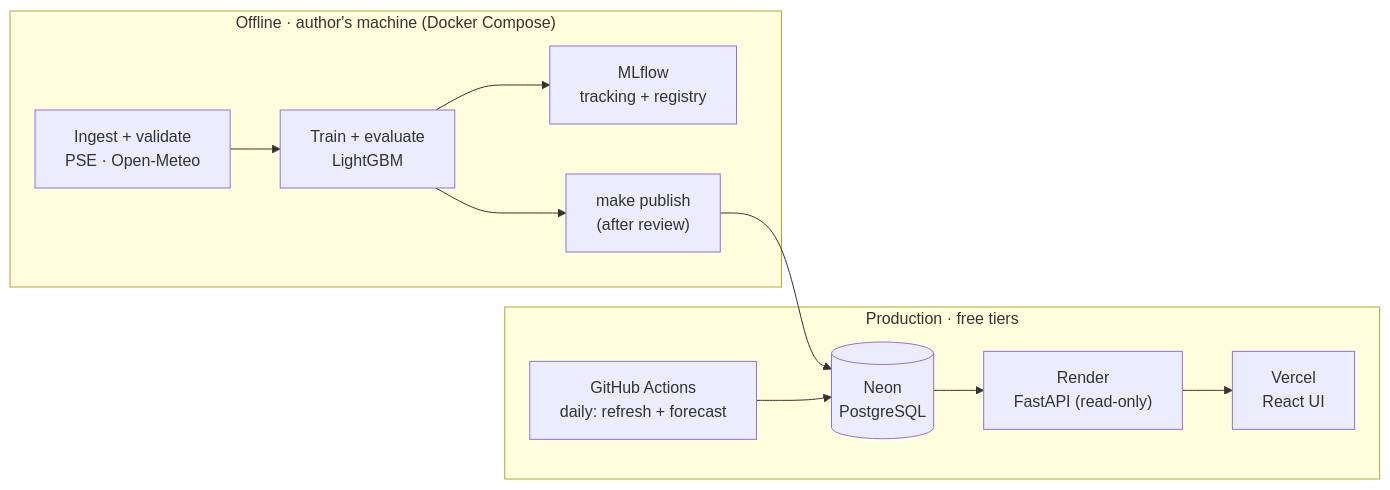
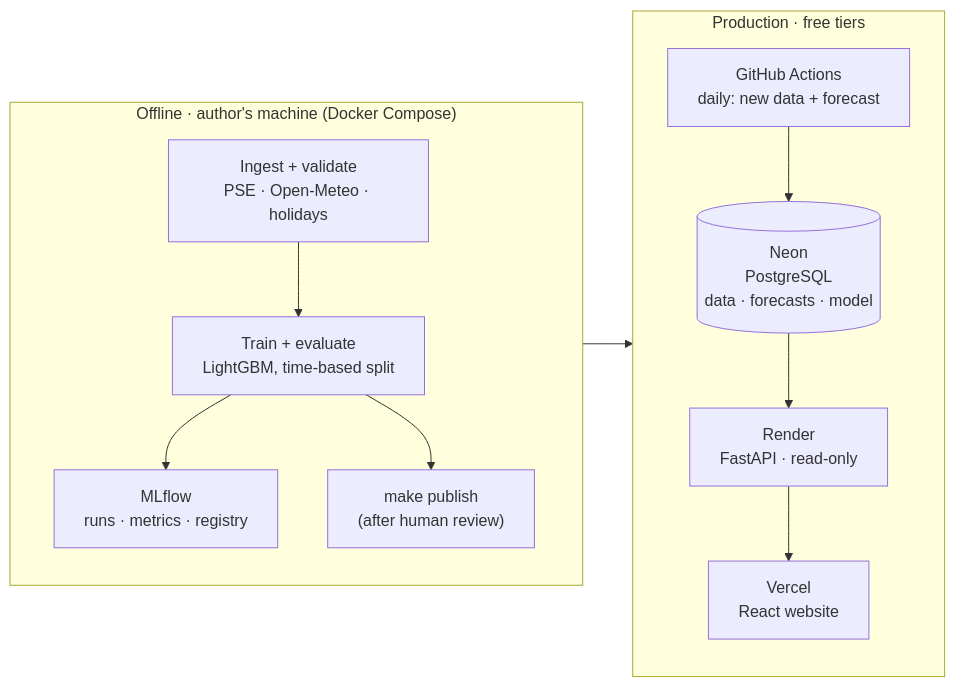
The diagram in README.md (damianglejzer/poland-electricity-forecast), drawn with Mermaid before and after one commit. The commit also changed other lines of this file and 9 other files, not shown here.

````diff
--- a/README.md
+++ b/README.md
@@ -36,17 +67,19 @@
 ```mermaid
 flowchart LR
   subgraph Offline["Offline · author's machine (Docker Compose)"]
-    ING["Ingest + validate<br/>PSE · Open-Meteo"] --> TRAIN["Train + evaluate<br/>LightGBM"]
-    TRAIN --> MLF["MLflow<br/>tracking + registry"]
-    TRAIN --> PUB["make publish<br/>(after review)"]
+    direction TB
+    ING["Ingest + validate<br/>PSE · Open-Meteo · holidays"] --> TRAIN["Train + evaluate<br/>LightGBM, time-based split"]
+    TRAIN --> MLF["MLflow<br/>runs · metrics · registry"]
+    TRAIN --> PUB["make publish<br/>(after human review)"]
   end
   subgraph Prod["Production · free tiers"]
-    NEON[("Neon<br/>PostgreSQL")]
-    GHA["GitHub Actions<br/>daily: refresh + forecast"]
-    API["Render<br/>FastAPI (read-only)"]
-    WEB["Vercel<br/>React UI"]
+    direction TB
+    NEON[("Neon<br/>PostgreSQL<br/>data · forecasts · model")]
+    GHA["GitHub Actions<br/>daily: new data + forecast"]
+    API["Render<br/>FastAPI · read-only"]
+    WEB["Vercel<br/>React website"]
   end
   PUB --> NEON
   GHA --> NEON
   NEON --> API --> WEB
 ```
````
